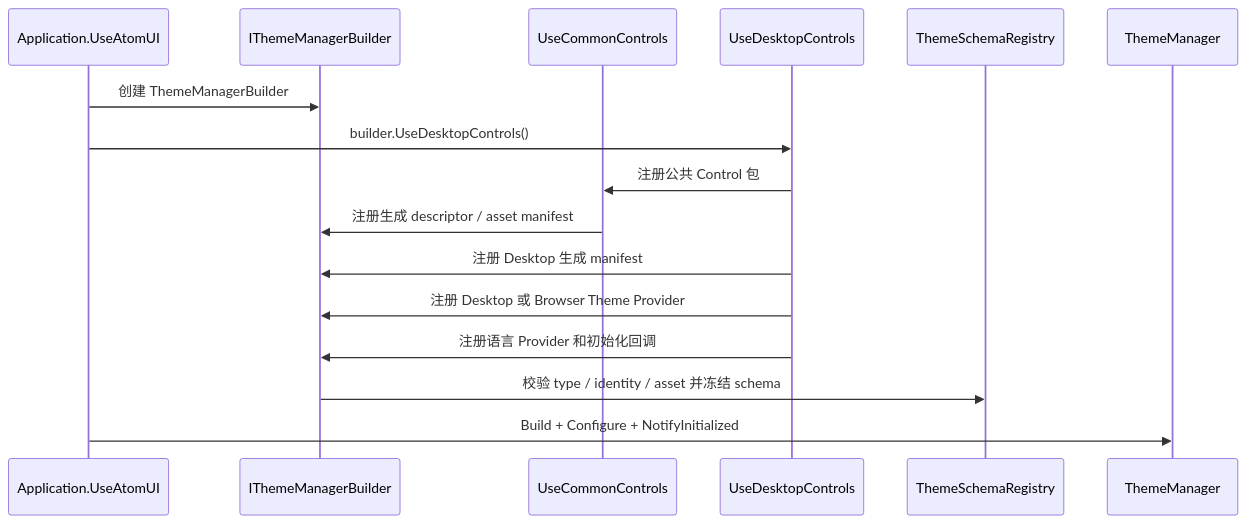
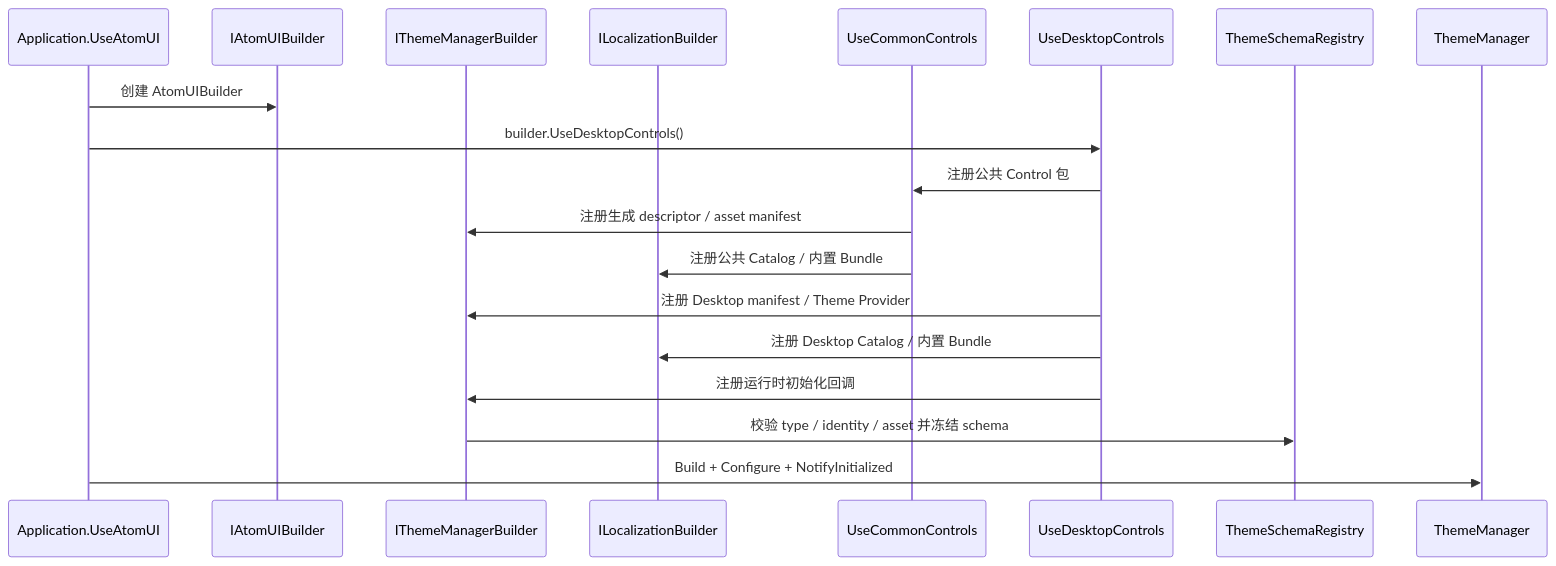
Before and after one commit to chinware/AtomUI: the diagram in docs/modules/desktop-controls/theme-registration.md, drawn with Mermaid. The commit also changed other lines of this file and 87 other files, not shown here.

Commit message:
docs(Localization): synchronize delivered architecture

````diff
--- a/docs/modules/desktop-controls/theme-registration.md
+++ b/docs/modules/desktop-controls/theme-registration.md
@@ -9,19 +9,22 @@
 ```mermaid
 sequenceDiagram
     participant App as Application.UseAtomUI
-    participant Builder as IThemeManagerBuilder
+    participant Builder as IAtomUIBuilder
+    participant ThemeBuilder as IThemeManagerBuilder
+    participant Localization as ILocalizationBuilder
     participant Common as UseCommonControls
     participant Desktop as UseDesktopControls
     participant Registry as ThemeSchemaRegistry
     participant Theme as ThemeManager
 
-    App->>Builder: 创建 ThemeManagerBuilder
+    App->>Builder: 创建 AtomUIBuilder
     App->>Desktop: builder.UseDesktopControls()
     Desktop->>Common: 注册公共 Control 包
-    Common->>Builder: 注册生成 descriptor / asset manifest
-    Desktop->>Builder: 注册 Desktop 生成 manifest
-    Desktop->>Builder: 注册 Desktop 或 Browser Theme Provider
-    Desktop->>Builder: 注册语言 Provider 和初始化回调
-    Builder->>Registry: 校验 type / identity / asset 并冻结 schema
+    Common->>ThemeBuilder: 注册生成 descriptor / asset manifest
+    Common->>Localization: 注册公共 Catalog / 内置 Bundle
+    Desktop->>ThemeBuilder: 注册 Desktop manifest / Theme Provider
+    Desktop->>Localization: 注册 Desktop Catalog / 内置 Bundle
+    Desktop->>ThemeBuilder: 注册运行时初始化回调
+    ThemeBuilder->>Registry: 校验 type / identity / asset 并冻结 schema
     App->>Theme: Build + Configure + NotifyInitialized
 ```
````
